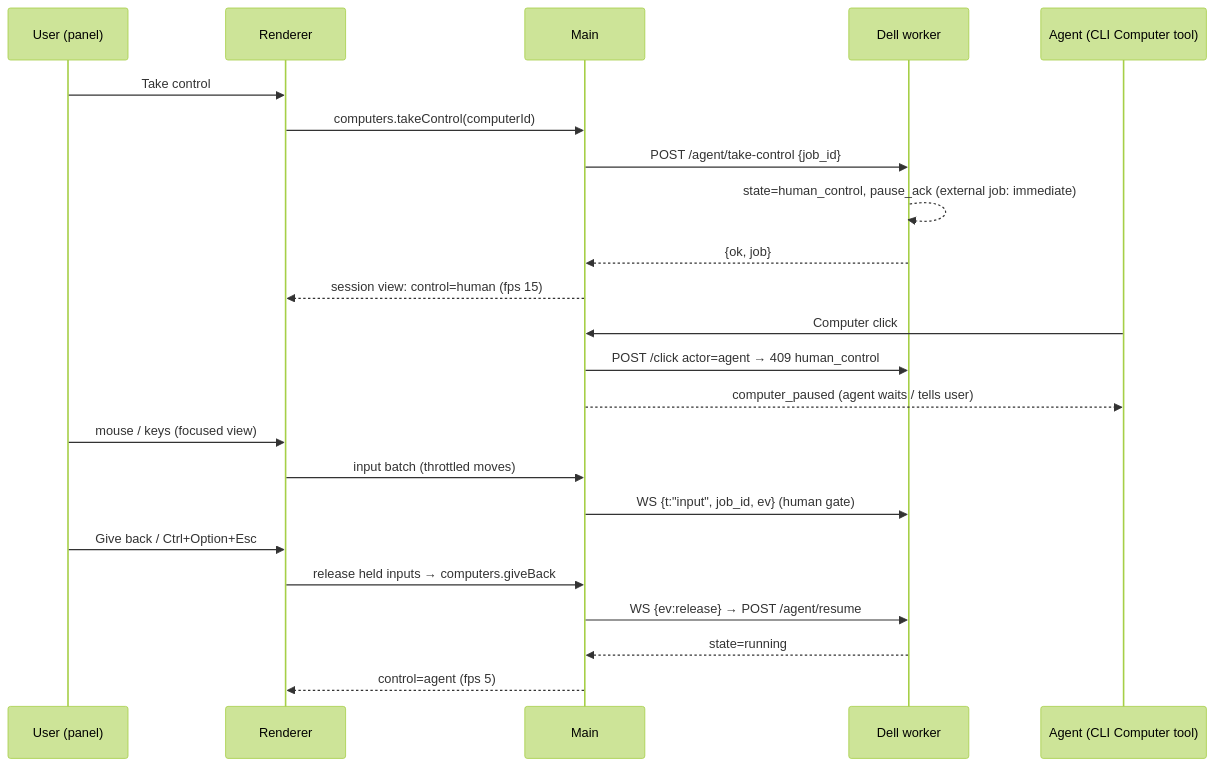
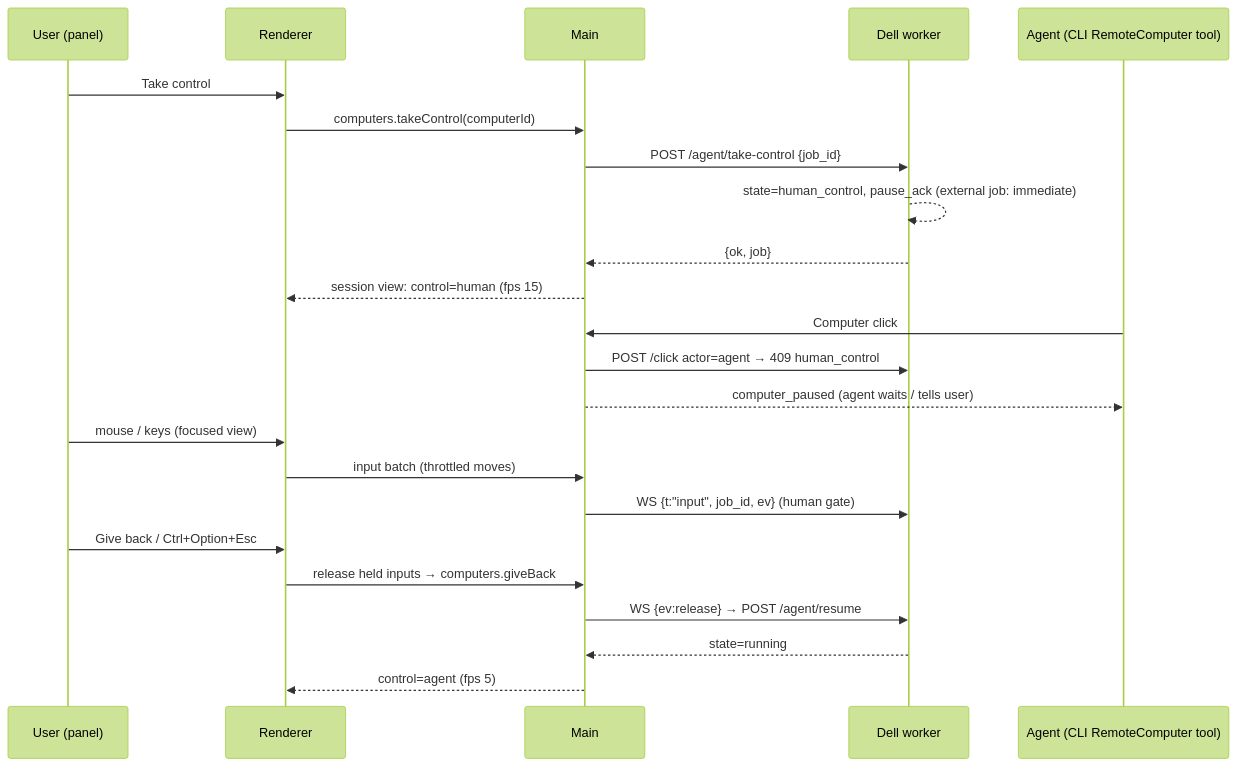
One commit to Ykkfelipe/AceVra changed the fourth of 5 diagrams in packages/desktop/specs/acevra-agent-computer.md. Above: the diagram before and after it, drawn with Mermaid (forest theme). The commit also changed other lines of this file and 58 other files, not shown here.

First line of the commit message:
feat(computers): drive SSH computers from AceVra (RemoteComputer + Computer side-pane tab)

````diff
--- a/packages/desktop/specs/acevra-agent-computer.md
+++ b/packages/desktop/specs/acevra-agent-computer.md
@@ -278,25 +279,25 @@
 ```mermaid
 sequenceDiagram
   participant U as User (panel)
   participant R as Renderer
   participant Main
   participant W as Dell worker
-  participant A as Agent (CLI Computer tool)
+  participant A as Agent (CLI RemoteComputer tool)
   U->>R: Take control
   R->>Main: computers.takeControl(computerId)
   Main->>W: POST /agent/take-control {job_id}
   W-->>W: state=human_control, pause_ack (external job: immediate)
   W-->>Main: {ok, job}
   Main-->>R: session view: control=human (fps 15)
   A->>Main: Computer click
   Main->>W: POST /click actor=agent → 409 human_control
   Main-->>A: computer_paused (agent waits / tells user)
   U->>R: mouse / keys (focused view)
   R->>Main: input batch (throttled moves)
   Main->>W: WS {t:"input", job_id, ev} (human gate)
   U->>R: Give back / Ctrl+Option+Esc
   R->>Main: release held inputs → computers.giveBack
   Main->>W: WS {ev:release} → POST /agent/resume
   W-->>Main: state=running
   Main-->>R: control=agent (fps 5)
 ```
````
